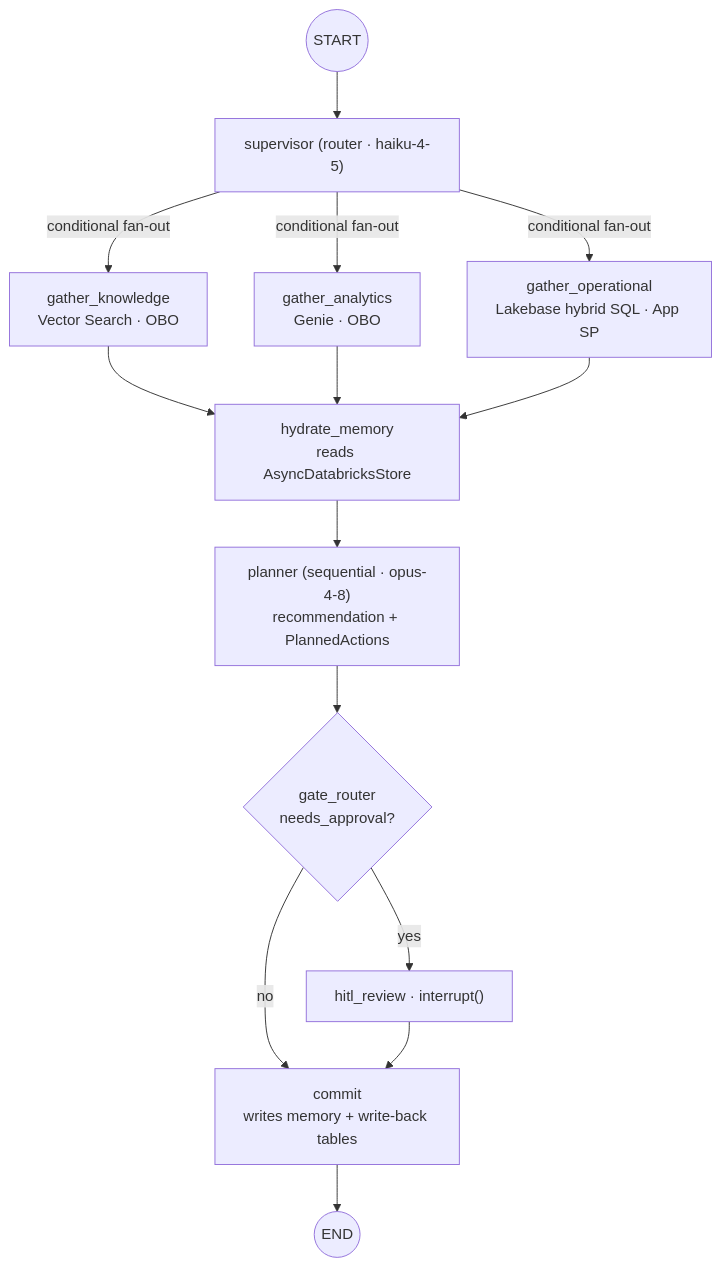
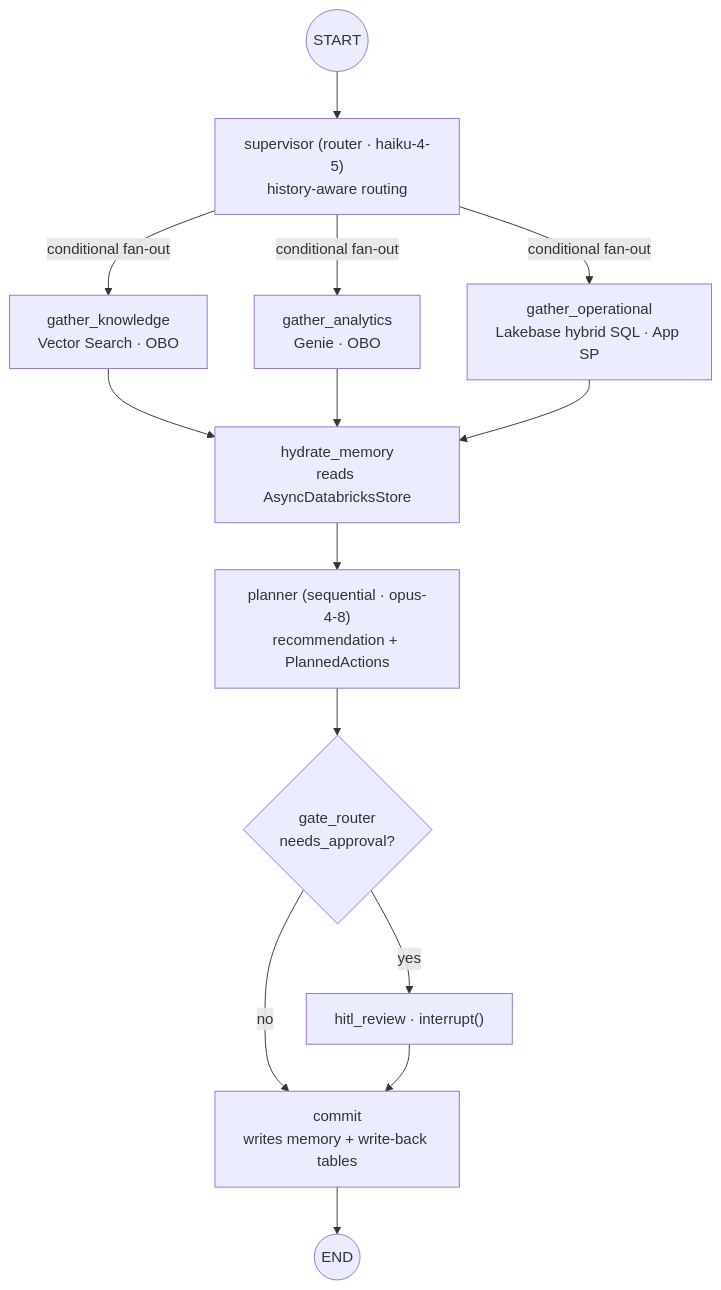
The third of 4 diagrams in docs/architecture.md (databricks-solutions/lakebase-for-ai-developers), drawn with Mermaid before and after one commit. The commit also changed other lines of this file, not shown here.

First line of the commit message:
docs: document short-term conversation memory + history-aware routing

````diff
--- a/docs/architecture.md
+++ b/docs/architecture.md
@@ -103,19 +105,19 @@
 ```mermaid
 flowchart TB
-  start((START)) --> sup["supervisor (router · haiku-4-5)"]
+  start((START)) --> sup["supervisor (router · haiku-4-5)<br/>history-aware routing"]
 
   sup -->|conditional fan-out| gk["gather_knowledge<br/>Vector Search · OBO"]
   sup -->|conditional fan-out| ga["gather_analytics<br/>Genie · OBO"]
   sup -->|conditional fan-out| go["gather_operational<br/>Lakebase hybrid SQL · App SP"]
 
   gk --> hm["hydrate_memory<br/>reads AsyncDatabricksStore"]
   ga --> hm
   go --> hm
 
   hm --> pl["planner (sequential · opus-4-8)<br/>recommendation + PlannedActions"]
   pl --> gr{"gate_router<br/>needs_approval?"}
   gr -->|yes| hitl["hitl_review · interrupt()"]
   gr -->|no| commit
   hitl --> commit["commit<br/>writes memory + write-back tables"]
   commit --> done((END))
 ```
````
